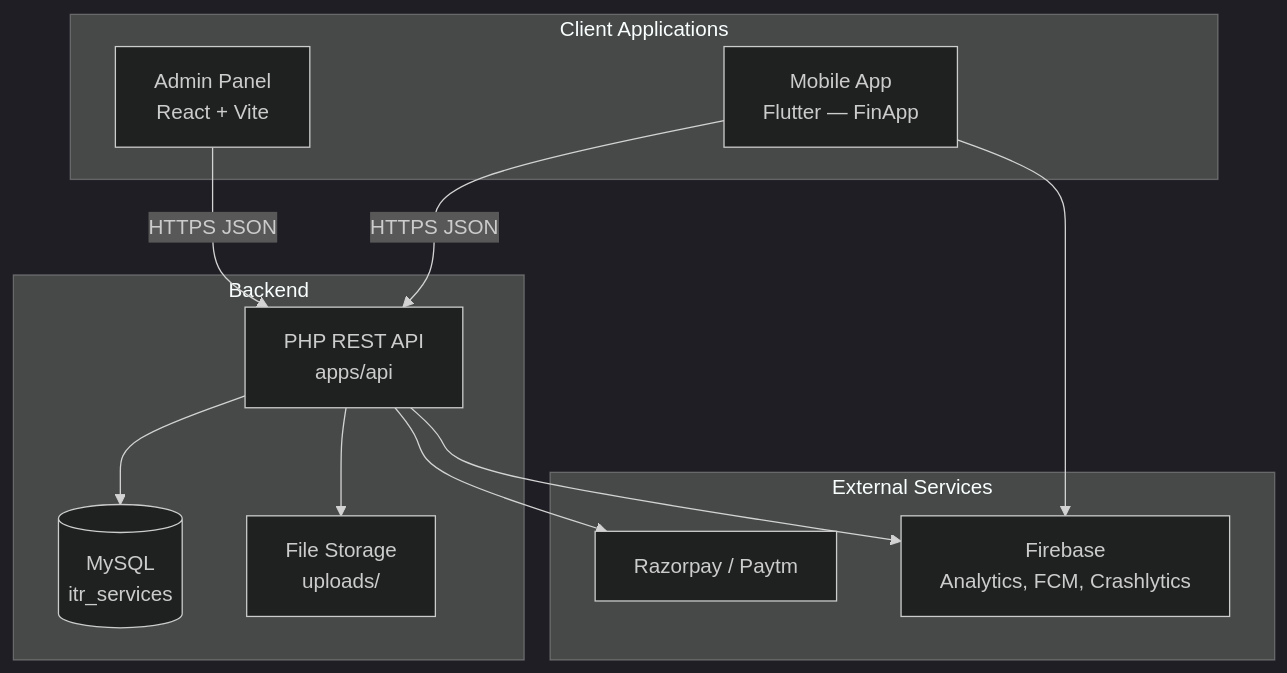
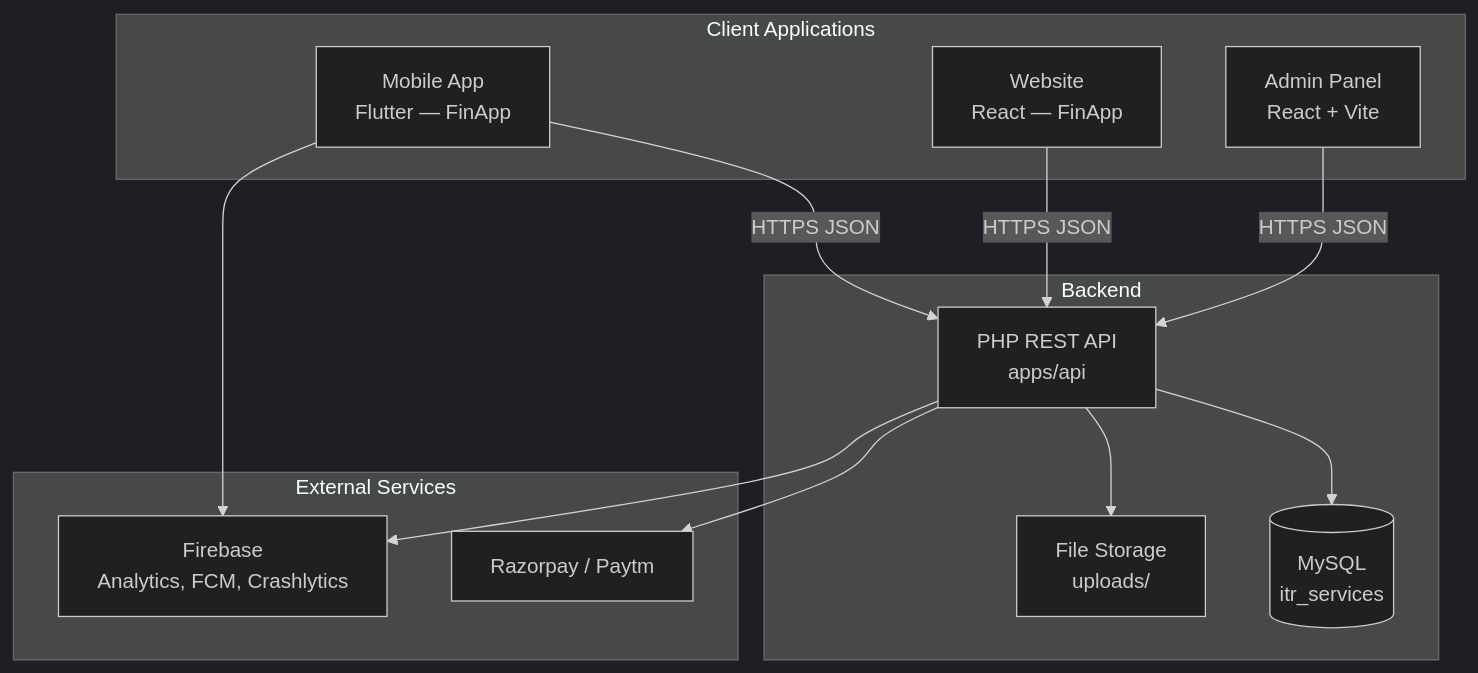
One commit to himanshuyadav146/itr-platform changed the diagram in docs/ARCHITECTURE.md. Above: the diagram before and after it, drawn with Mermaid (dark theme). The commit also changed other lines of this file and 68 other files, not shown here.

````diff
--- a/docs/ARCHITECTURE.md
+++ b/docs/ARCHITECTURE.md
@@ -11,26 +11,28 @@
 ```mermaid
 flowchart TB
   subgraph clients [Client Applications]
     Mobile["Mobile App\nFlutter — FinApp"]
+    Website["Website\nReact — FinApp"]
     Admin["Admin Panel\nReact + Vite"]
   end
 
   subgraph backend [Backend]
     API["PHP REST API\napps/api"]
     MySQL[(MySQL\nitr_services)]
     Uploads["File Storage\nuploads/"]
   end
 
   subgraph external [External Services]
     Razorpay["Razorpay / Paytm"]
     Firebase["Firebase\nAnalytics, FCM, Crashlytics"]
   end
 
   Mobile -->|HTTPS JSON| API
+  Website -->|HTTPS JSON| API
   Admin -->|HTTPS JSON| API
   API --> MySQL
   API --> Uploads
   API --> Razorpay
   Mobile --> Firebase
   API --> Firebase
 ```
````
